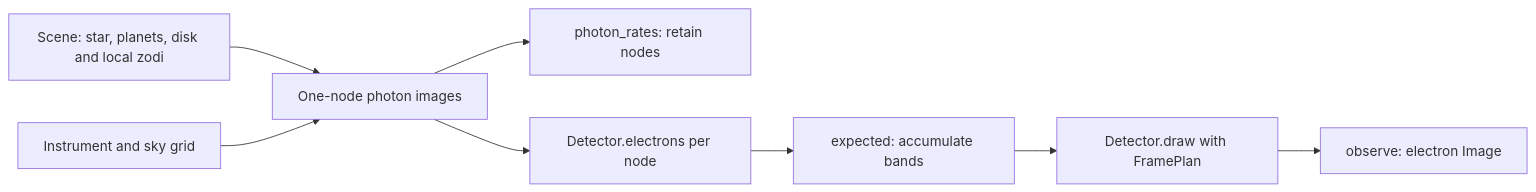
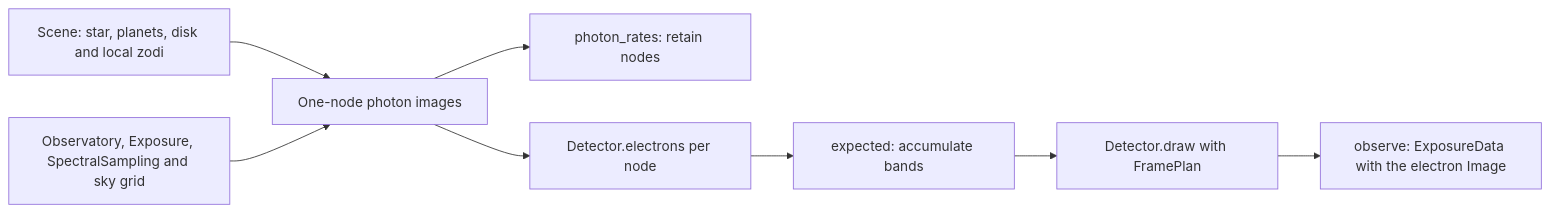
One commit to CoreySpohn/coronagraphoto changed the diagram in docs/explanation/architecture.md. Above: the diagram before and after it, drawn with Mermaid. The commit also changed other lines of this file and 4 other files, not shown here.

Commit message:
docs(coronagraphoto): document the observatory, exposure and sampling objects and the 7.x migration

````diff
--- a/docs/explanation/architecture.md
+++ b/docs/explanation/architecture.md
@@ -40,10 +54,10 @@
 ```mermaid
 flowchart LR
     scene[Scene: star, planets, disk and local zodi] --> node[One-node photon images]
-    optics[Instrument and sky grid] --> node
+    optics[Observatory, Exposure, SpectralSampling and sky grid] --> node
     node --> photons[photon_rates: retain nodes]
     node --> yield[Detector.electrons per node]
     yield --> bands[expected: accumulate bands]
     bands --> draw[Detector.draw with FramePlan]
-    draw --> image[observe: electron Image]
+    draw --> image[observe: ExposureData with the electron Image]
 ```
````
